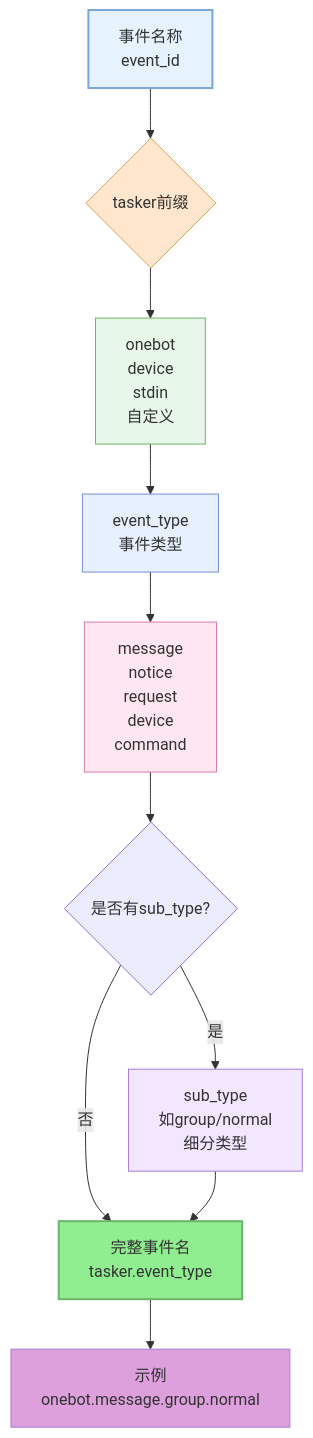
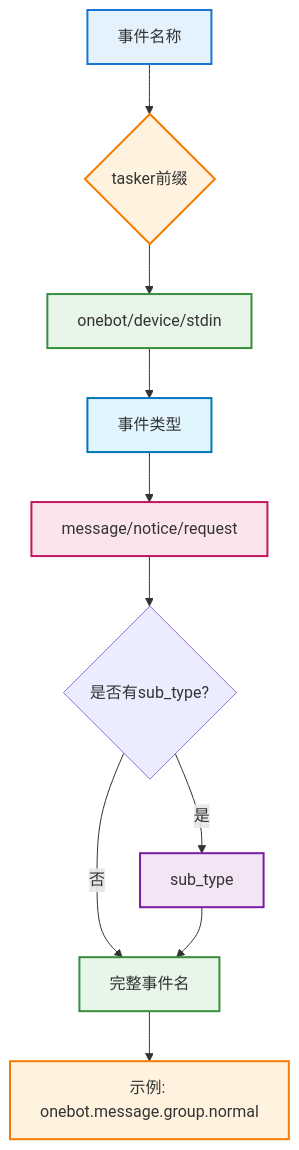
Before and after one commit to sunflowermm/XRK-AGT: the first of 4 diagrams in docs/事件系统标准化文档.md, drawn with Mermaid. The commit also changed other lines of this file and 19 other files, not shown here.

````diff
--- a/docs/事件系统标准化文档.md
+++ b/docs/事件系统标准化文档.md
@@ -11,21 +11,21 @@
 ```mermaid
 flowchart TB
-    A["事件名称<br/>event_id"] --> B{tasker前缀}
-    B --> C["onebot<br/>device<br/>stdin<br/>自定义"]
-    C --> D["event_type<br/>事件类型"]
-    D --> E["message<br/>notice<br/>request<br/>device<br/>command"]
+    A["事件名称"] --> B{tasker前缀}
+    B --> C["onebot/device/stdin"]
+    C --> D["事件类型"]
+    D --> E["message/notice/request"]
     E --> F{是否有sub_type?}
-    F -->|是| G["sub_type<br/>如group/normal<br/>细分类型"]
-    F -->|否| H["完整事件名<br/>tasker.event_type"]
+    F -->|是| G["sub_type"]
+    F -->|否| H["完整事件名"]
     G --> H
-    H --> I["示例<br/>onebot.message.group.normal"]
+    H --> I["示例: onebot.message.group.normal"]
     
-    style A fill:#E6F3FF,stroke:#7AA7D9,stroke-width:2px
-    style B fill:#FFE6CC,stroke:#D9A35D
-    style C fill:#E8F8E8,stroke:#6CB46C
-    style D fill:#E6F0FF,stroke:#7B8ED9
-    style E fill:#FFE6F0,stroke:#D97BAF
-    style G fill:#F3E6FF,stroke:#A57BD9
-    style H fill:#90EE90,stroke:#6CB46C,stroke-width:2px
-    style I fill:#DDA0DD,stroke:#A57BD9
+    style A fill:#E3F2FD,stroke:#1976D2,stroke-width:2px
+    style B fill:#FFF3E0,stroke:#F57C00,stroke-width:2px
+    style C fill:#E8F5E9,stroke:#388E3C,stroke-width:2px
+    style D fill:#E1F5FE,stroke:#0277BD,stroke-width:2px
+    style E fill:#FCE4EC,stroke:#C2185B,stroke-width:2px
+    style G fill:#F3E5F5,stroke:#7B1FA2,stroke-width:2px
+    style H fill:#E8F5E9,stroke:#388E3C,stroke-width:2px
+    style I fill:#FFF3E0,stroke:#F57C00,stroke-width:2px
 ```
````
